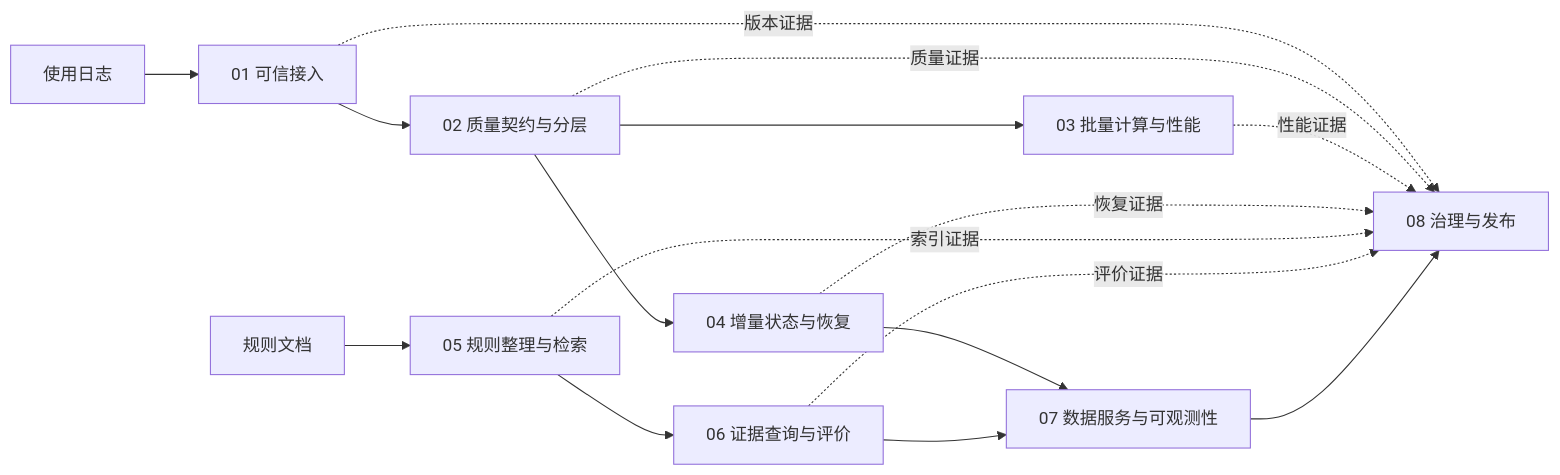
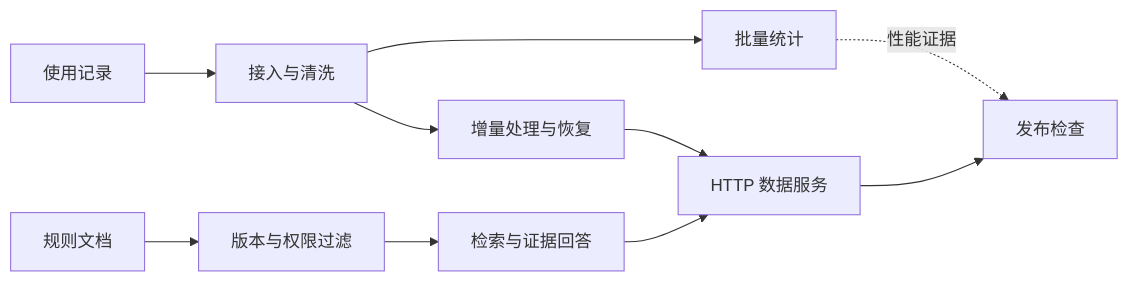
One commit to guoketg/course_cloude_computing changed the diagram in 00. 课程导论与准备/课程导论.md. Above: the diagram before and after it, drawn with Mermaid. The commit also changed other lines of this file, not shown here.

````diff
--- a/00. 课程导论与准备/课程导论.md
+++ b/00. 课程导论与准备/课程导论.md
@@ -29,18 +194,12 @@
 ```mermaid
 flowchart LR
-  L[使用日志] --> E1[01 可信接入]
-  E1 --> E2[02 质量契约与分层]
-  E2 --> E3[03 批量计算与性能]
-  E2 --> E4[04 增量状态与恢复]
-  R[规则文档] --> E5[05 规则整理与检索]
-  E5 --> E6[06 证据查询与评价]
-  E4 --> E7[07 数据服务与可观测性]
-  E6 --> E7
-  E1 -.版本证据.-> E8[08 治理与发布]
-  E2 -.质量证据.-> E8
-  E3 -.性能证据.-> E8
-  E4 -.恢复证据.-> E8
-  E5 -.索引证据.-> E8
-  E6 -.评价证据.-> E8
-  E7 --> E8
+  L[使用记录] --> A[接入与清洗]
+  A --> B[批量统计]
+  A --> C[增量处理与恢复]
+  R[规则文档] --> D[版本与权限过滤]
+  D --> E[检索与证据回答]
+  C --> F[HTTP 数据服务]
+  E --> F
+  B -.性能证据.-> G[发布检查]
+  F --> G
 ```
````
